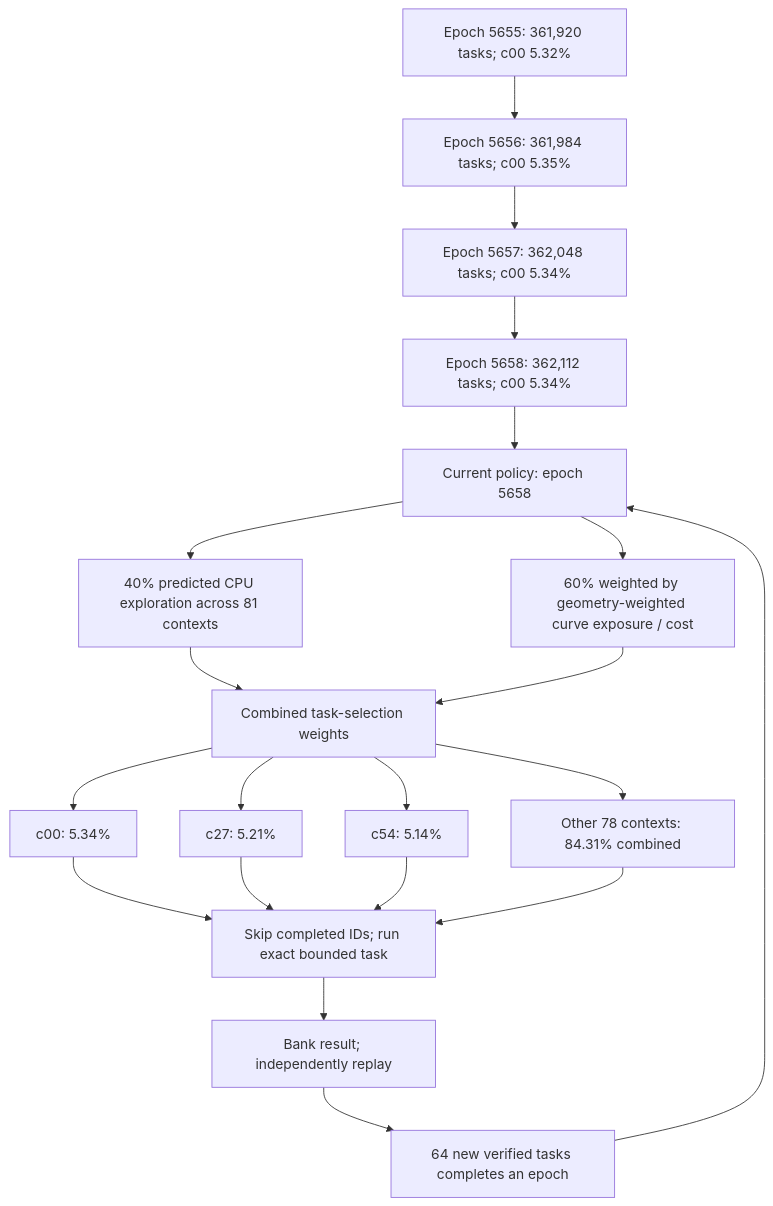
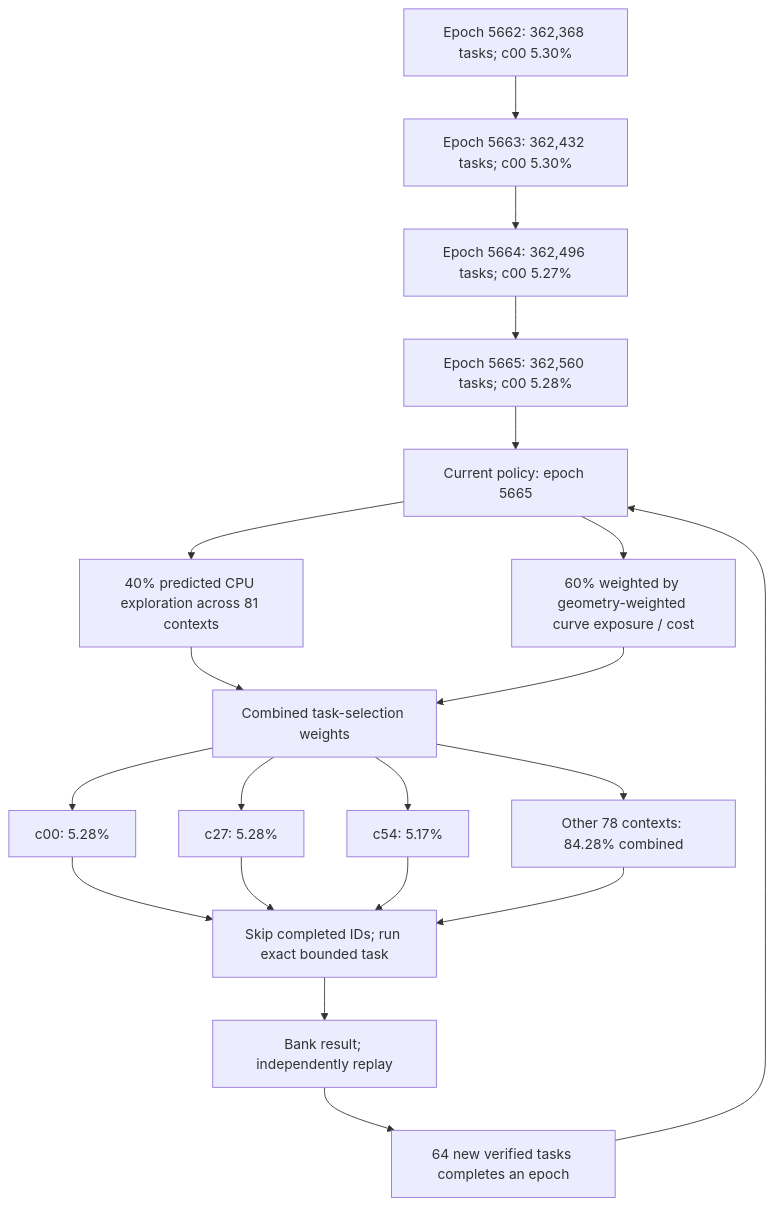
The first of 3 diagrams in README.md (Kuberwastaken/math-gambling), drawn with Mermaid before and after one commit. The commit also changed other lines of this file and 1533 other files, not shown here.

````diff
--- a/README.md
+++ b/README.md
@@ -60,27 +60,27 @@
 ```mermaid
 flowchart TD
-    H0["Epoch 5655: 361,920 tasks; c00 5.32%"]
-    H1["Epoch 5656: 361,984 tasks; c00 5.35%"]
+    H0["Epoch 5662: 362,368 tasks; c00 5.30%"]
+    H1["Epoch 5663: 362,432 tasks; c00 5.30%"]
     H0 --> H1
-    H2["Epoch 5657: 362,048 tasks; c00 5.34%"]
+    H2["Epoch 5664: 362,496 tasks; c00 5.27%"]
     H1 --> H2
-    H3["Epoch 5658: 362,112 tasks; c00 5.34%"]
+    H3["Epoch 5665: 362,560 tasks; c00 5.28%"]
     H2 --> H3
-    Policy["Current policy: epoch 5658"]
+    Policy["Current policy: epoch 5665"]
     H3 --> Policy
     Policy --> Explore["40% predicted CPU exploration across 81 contexts"]
     Policy --> Cost["60% weighted by geometry-weighted curve exposure / cost"]
     Explore --> Mix["Combined task-selection weights"]
     Cost --> Mix
-    Mix --> C0["c00: 5.34%"]
-    Mix --> C1["c27: 5.21%"]
-    Mix --> C2["c54: 5.14%"]
-    Mix --> Rest["Other 78 contexts: 84.31% combined"]
+    Mix --> C0["c00: 5.28%"]
+    Mix --> C1["c27: 5.28%"]
+    Mix --> C2["c54: 5.17%"]
+    Mix --> Rest["Other 78 contexts: 84.28% combined"]
     C0 --> Check["Skip completed IDs; run exact bounded task"]
     C1 --> Check
     C2 --> Check
     Rest --> Check
     Check --> Replay["Bank result; independently replay"]
     Replay --> Gate["64 new verified tasks completes an epoch"]
     Gate --> Policy
 ```
````
